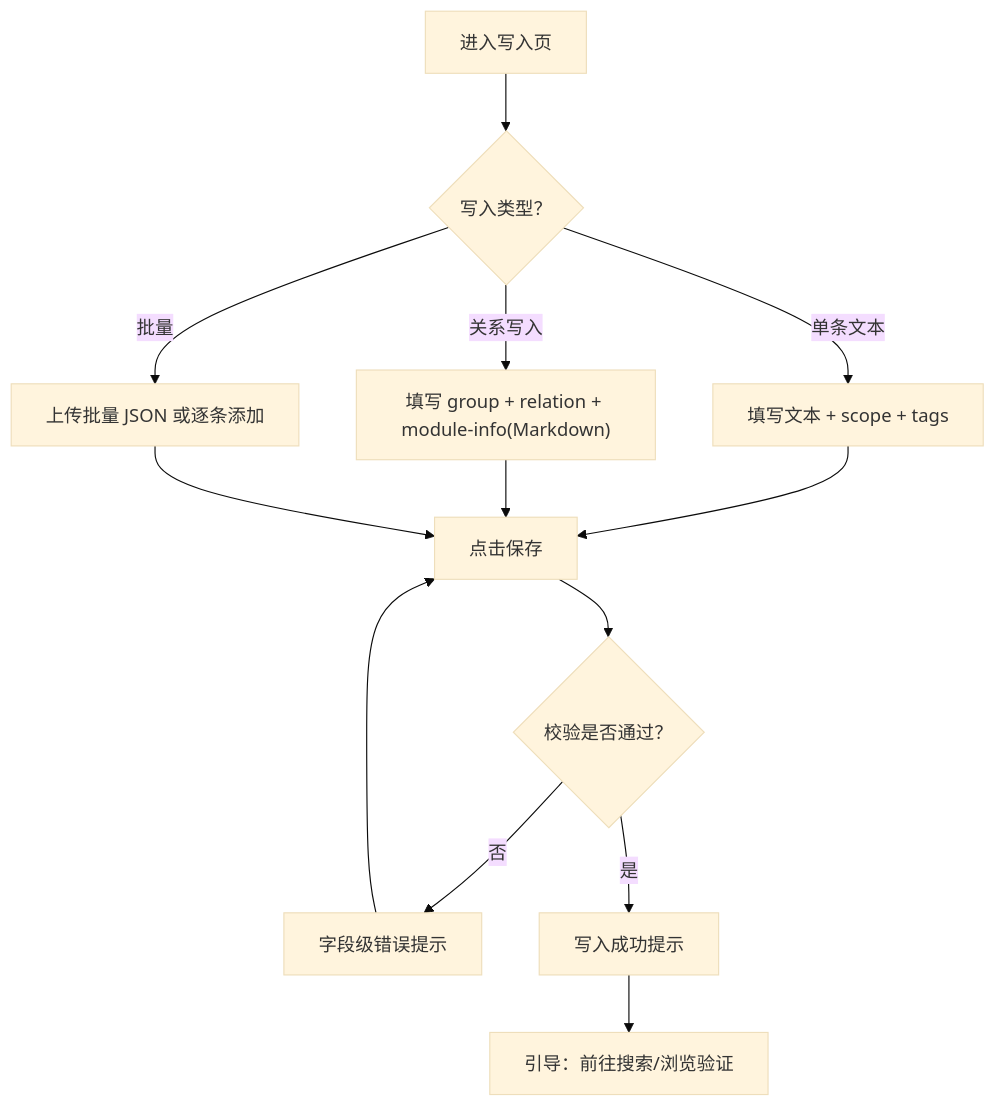
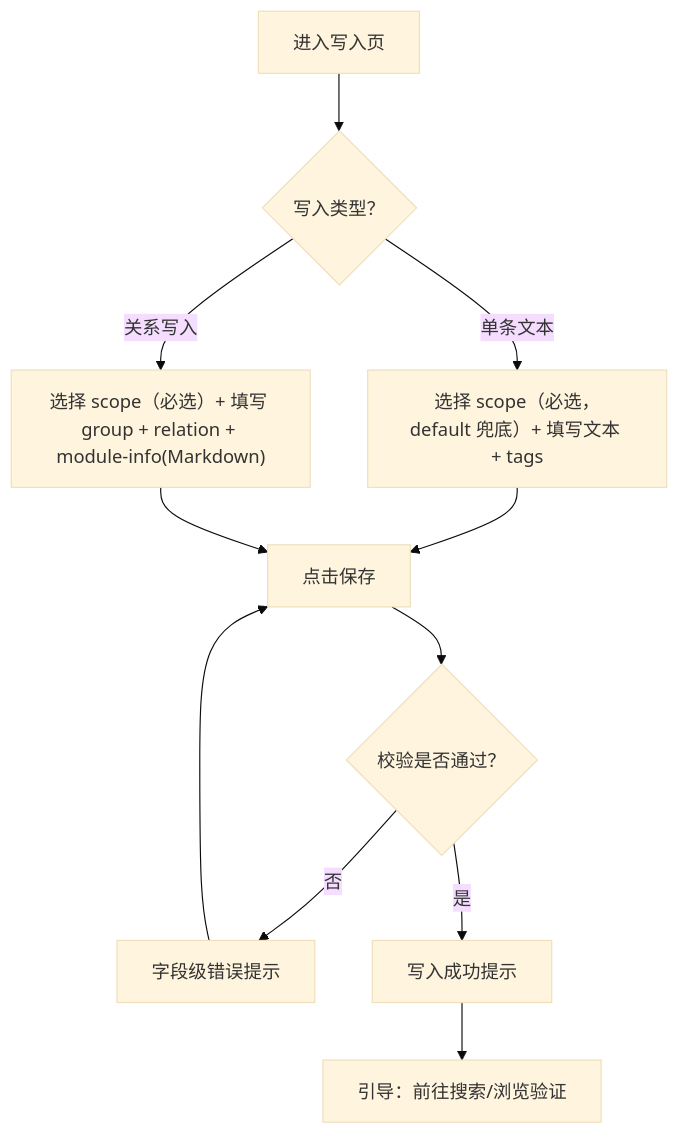
One commit to HACK-WU/kisearch changed the fifth of 7 diagrams in .requirements/2026-08-06-可视化前端界面/design/interaction-design.md. Above: the diagram before and after it, drawn with Mermaid (base theme). The commit also changed other lines of this file and 52 other files, not shown here.

````diff
--- a/.requirements/2026-08-06-可视化前端界面/design/interaction-design.md
+++ b/.requirements/2026-08-06-可视化前端界面/design/interaction-design.md
@@ -154,15 +158,13 @@
 ```mermaid
 flowchart TD
     A["进入写入页"] --> B{"写入类型？"}
-    B -->|单条文本| C["填写文本 + scope + tags"]
-    B -->|关系写入| D["填写 group + relation + module-info(Markdown)"]
+    B -->|单条文本| C["选择 scope（必选，default 兜底）+ 填写文本 + tags"]
+    B -->|关系写入| D["选择 scope（必选）+ 填写 group + relation + module-info(Markdown)"]
     C --> E["点击保存"]
     D --> E
     E --> F{"校验是否通过？"}
     F -->|否| G["字段级错误提示"]
     G --> E
     F -->|是| H["写入成功提示"]
     H --> I["引导：前往搜索/浏览验证"]
-    B -->|批量| J["上传批量 JSON 或逐条添加"]
-    J --> E
 ```
````
